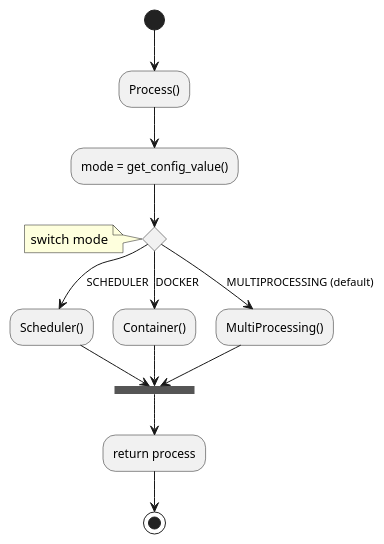
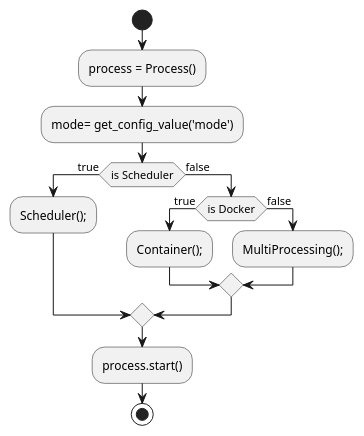
The diagram in diagrams/run_async.puml (ctu-geoforall-lab-projects/dp-laza-2018), drawn with PlantUML before and after one commit. The commit also changed 8 other files, not shown here.

Commit message:
Added diagrams until Process.execute section

```diff
--- a/diagrams/run_async.puml
+++ b/diagrams/run_async.puml
@@ -1,19 +1,16 @@
 @startuml
-(*)  --> Process()
---> mode = get_config_value()
-if ""
-note left
-switch mode
-end note
- -->[SCHEDULER] Scheduler()
- --> ===BEFORE_RETURN===
-else
- -->[DOCKER] Container()
- --> ===BEFORE_RETURN===
-else
- -->[MULTIPROCESSING (default)] MultiProcessing()
- --> ===BEFORE_RETURN===
+start
+:process = Process();
+:mode= get_config_value('mode');
+if (is Scheduler) then (true)
+ -Scheduler();
+else (false)
+ if (is Docker) then (true)
+ -Container();
+ else (false)
+  -MultiProcessing();
+ endif
 endif
---> return process
--->(*)
+:process.start();
+stop
 @enduml
```
